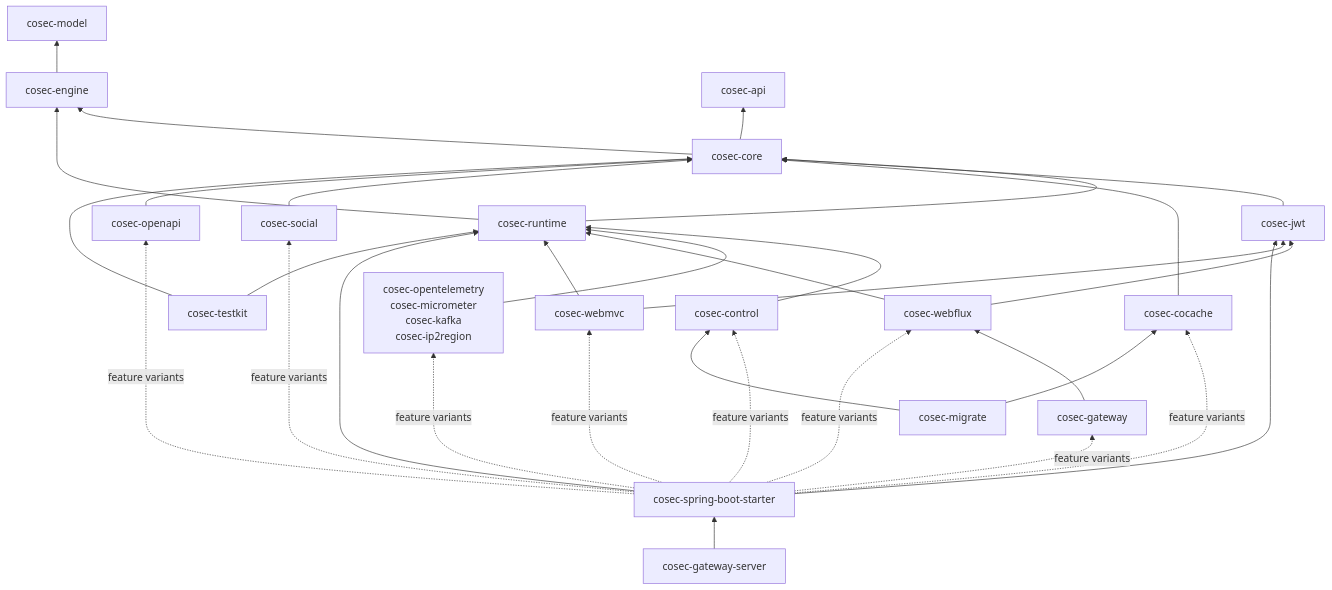
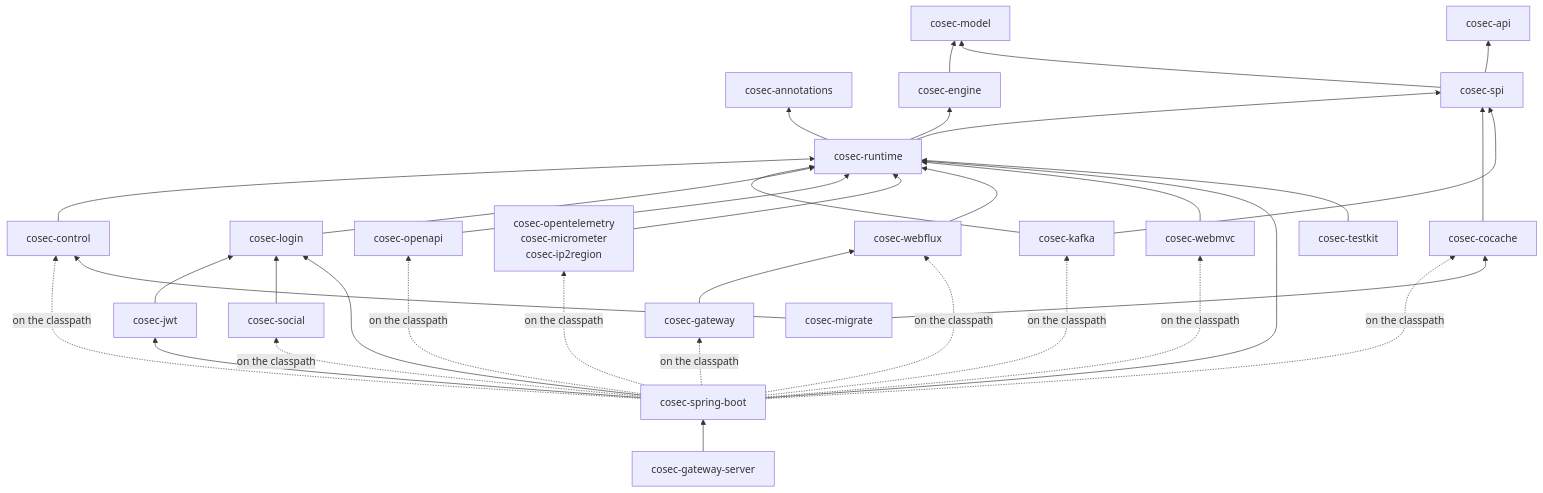
Before and after one commit to Ahoo-Wang/CoSec: the first of 3 diagrams in wiki/architecture/overview.md, drawn with Mermaid. The commit also changed other lines of this file and 593 other files, not shown here.

First line of the commit message:
refactor!: spi module, core split, starter by classpath and the §5 rules (RFC 0011 PR-2) (#1141)

````diff
--- a/wiki/architecture/overview.md
+++ b/wiki/architecture/overview.md
@@ -36,22 +37,25 @@
 ```mermaid
 flowchart BT
+    annotations[cosec-annotations]
+    api[cosec-api]
     model[cosec-model]
     engine[cosec-engine] --> model
-    api[cosec-api]
-    core[cosec-core] --> api & engine
-    runtime[cosec-runtime] --> engine & core
+    spi[cosec-spi] --> model & api
+    runtime[cosec-runtime] --> engine & spi & annotations
     control[cosec-control] --> runtime
-    jwt[cosec-jwt] --> core
-    cocache[cosec-cocache] --> core
-    social[cosec-social] --> core
-    openapi[cosec-openapi] --> core
-    listeners[cosec-opentelemetry<br>cosec-micrometer<br>cosec-kafka<br>cosec-ip2region] --> runtime
-    webflux[cosec-webflux] --> runtime & jwt
-    webmvc[cosec-webmvc] --> runtime & jwt
+    cocache[cosec-cocache] --> spi
+    kafka[cosec-kafka] --> spi & runtime
+    login[cosec-login] --> runtime
+    jwt[cosec-jwt] --> login
+    social[cosec-social] --> login
+    openapi[cosec-openapi] --> runtime
+    listeners[cosec-opentelemetry<br>cosec-micrometer<br>cosec-ip2region] --> runtime
+    webflux[cosec-webflux] --> runtime
+    webmvc[cosec-webmvc] --> runtime
     gateway[cosec-gateway] --> webflux
-    starter[cosec-spring-boot-starter] --> runtime & jwt
-    starter -. feature variants .-> webflux & webmvc & gateway & cocache & control & social & listeners & openapi
+    starter[cosec-spring-boot] --> runtime & login & jwt
+    starter -. on the classpath .-> webflux & webmvc & gateway & cocache & control & kafka & social & listeners & openapi
     migrate[cosec-migrate] --> cocache & control
-    testkit[cosec-testkit] --> core & runtime
+    testkit[cosec-testkit] --> runtime
     server[cosec-gateway-server] --> starter
 ```
````
